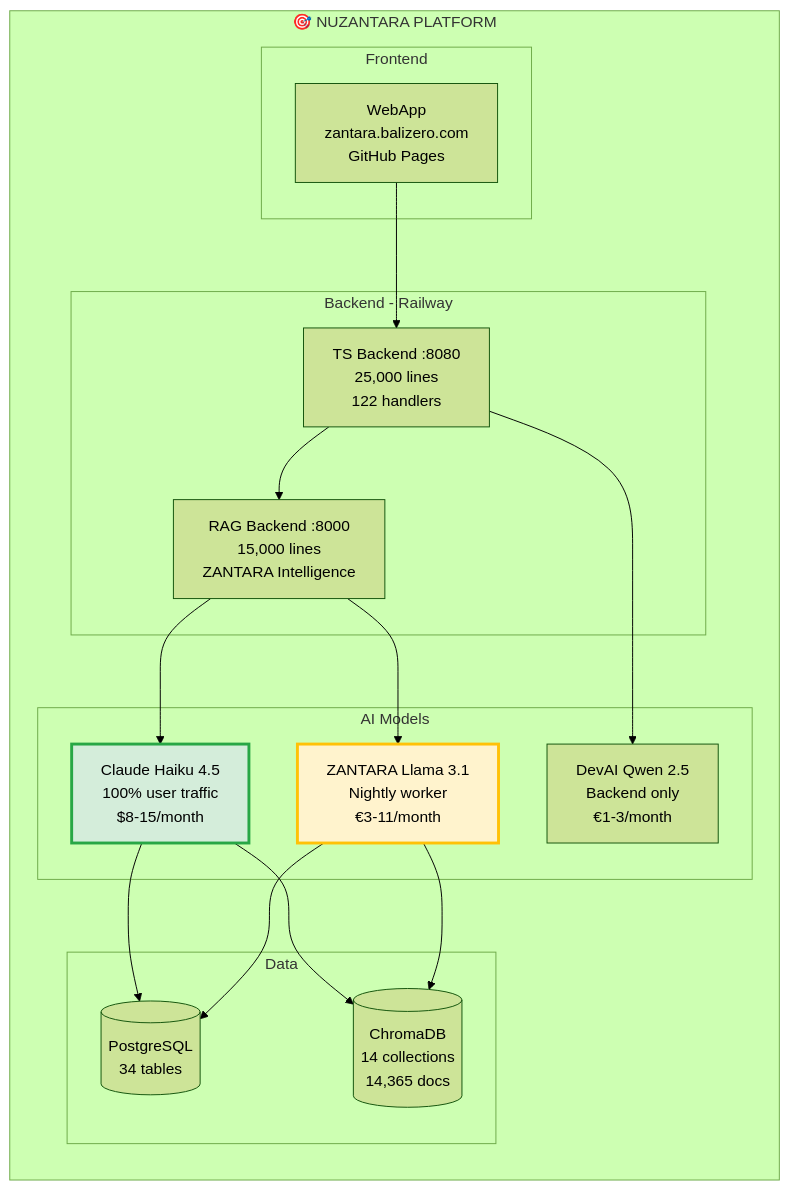
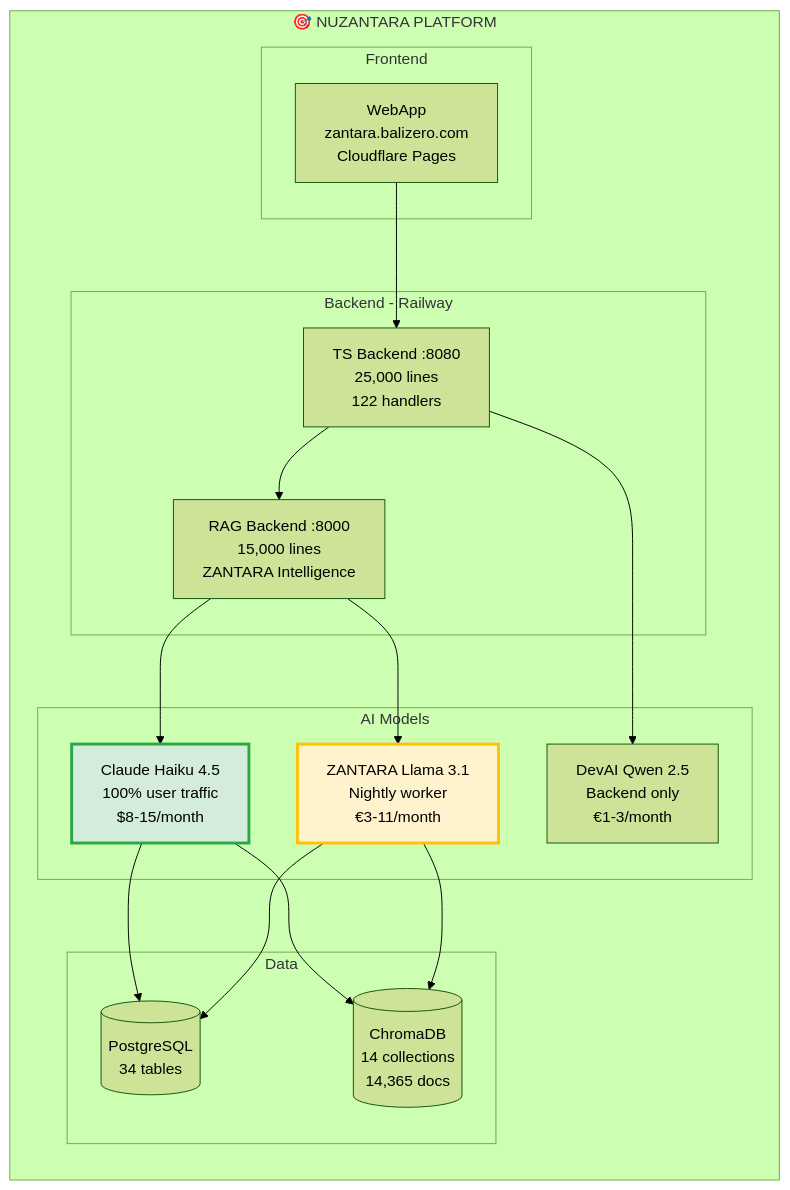
One commit to Balizero1987/nuzantara changed the diagram in docs/galaxy-map/README.md. Above: the diagram before and after it, drawn with Mermaid (forest theme). The commit also changed 171 other files, not shown here.

First line of the commit message:
chore: Repository cleanup and Cloudflare Pages migration

````diff
--- a/docs/galaxy-map/README.md
+++ b/docs/galaxy-map/README.md
@@ -92,39 +92,39 @@
 ```mermaid
 graph TB
     subgraph "🎯 NUZANTARA PLATFORM"
         direction TB
 
         subgraph "Frontend"
-            Web[WebApp<br/>zantara.balizero.com<br/>GitHub Pages]
+            Web[WebApp<br/>zantara.balizero.com<br/>Cloudflare Pages]
         end
 
         subgraph "Backend - Railway"
             TS[TS Backend :8080<br/>25,000 lines<br/>122 handlers]
             RAG[RAG Backend :8000<br/>15,000 lines<br/>ZANTARA Intelligence]
         end
 
         subgraph "AI Models"
             Haiku[Claude Haiku 4.5<br/>100% user traffic<br/>$8-15/month]
             Llama[ZANTARA Llama 3.1<br/>Nightly worker<br/>€3-11/month]
             DevAI[DevAI Qwen 2.5<br/>Backend only<br/>€1-3/month]
         end
 
         subgraph "Data"
             PG[(PostgreSQL<br/>34 tables)]
             Chroma[(ChromaDB<br/>14 collections<br/>14,365 docs)]
         end
 
         Web --> TS
         TS --> RAG
         RAG --> Haiku
         RAG --> Llama
         TS --> DevAI
         Haiku --> PG
         Haiku --> Chroma
         Llama --> PG
         Llama --> Chroma
     end
 
     style Haiku fill:#d4edda,stroke:#28a745,stroke-width:3px
     style Llama fill:#fff3cd,stroke:#ffc107,stroke-width:3px
 ```
````
